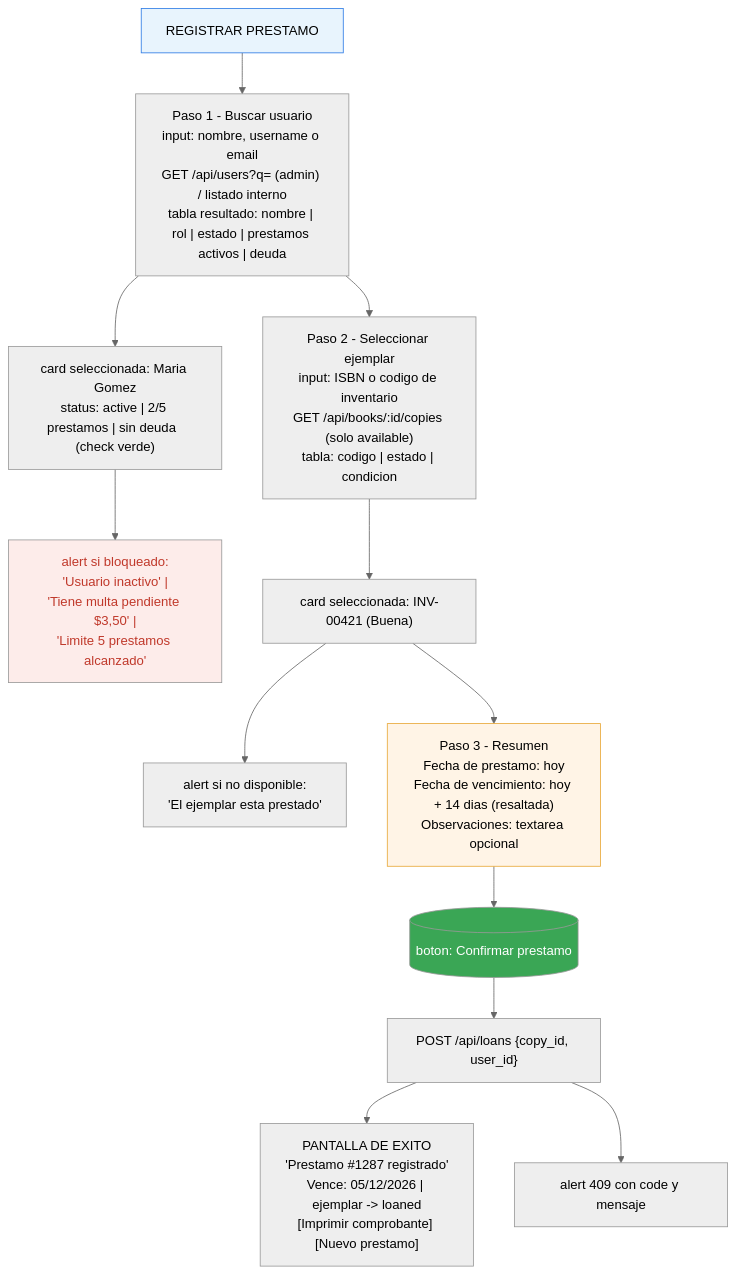
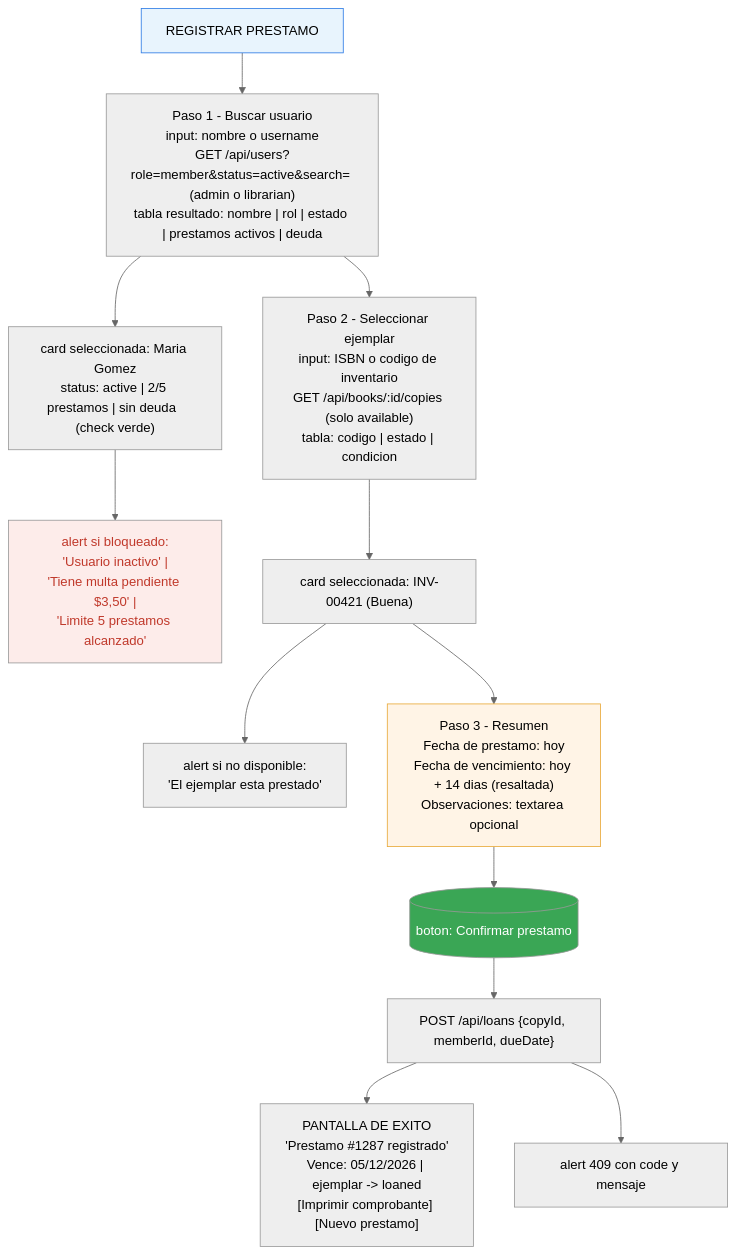
The fifth of 13 diagrams in docs/07-interfaces.md (AngelC00kies/sistema-biblioteca), drawn with Mermaid (neutral theme) before and after one commit. The commit also changed other lines of this file and 21 other files, not shown here.

````diff
--- a/docs/07-interfaces.md
+++ b/docs/07-interfaces.md
@@ -158,21 +158,21 @@
 ```mermaid
 graph TD
-  P["REGISTRAR PRESTAMO"] --> U["Paso 1 - Buscar usuario<br/>input: nombre, username o email<br/>GET /api/users?q= (admin) / listado interno<br/>tabla resultado: nombre | rol | estado | prestamos activos | deuda"]
+  P["REGISTRAR PRESTAMO"] --> U["Paso 1 - Buscar usuario<br/>input: nombre o username<br/>GET /api/users?role=member&status=active&search= (admin o librarian)<br/>tabla resultado: nombre | rol | estado | prestamos activos | deuda"]
   U --> UC["card seleccionada: Maria Gomez<br/>status: active | 2/5 prestamos | sin deuda  (check verde)"]
   UC --> UB["alert si bloqueado:<br/>'Usuario inactivo' |<br/>'Tiene multa pendiente $3,50' |<br/>'Limite 5 prestamos alcanzado'"]
 
   U --> C["Paso 2 - Seleccionar ejemplar<br/>input: ISBN o codigo de inventario<br/>GET /api/books/:id/copies (solo available)<br/>tabla: codigo | estado | condicion"]
   C --> CC["card seleccionada: INV-00421 (Buena)"]
   CC --> CB["alert si no disponible:<br/>'El ejemplar esta prestado'"]
 
   CC --> R["Paso 3 - Resumen<br/>Fecha de prestamo: hoy<br/>Fecha de vencimiento: hoy + 14 dias (resaltada)<br/>Observaciones: textarea opcional"]
   R --> CF2[("boton: Confirmar prestamo")]
-  CF2 --> LO["POST /api/loans {copy_id, user_id}"]
+  CF2 --> LO["POST /api/loans {copyId, memberId, dueDate}"]
   LO --> OK2["PANTALLA DE EXITO<br/>'Prestamo #1287 registrado'<br/>Vence: 05/12/2026 | ejemplar -> loaned<br/>[Imprimir comprobante] [Nuevo prestamo]"]
   LO --> E409X["alert 409 con code y mensaje"]
 
   style P fill:#e8f4fd,stroke:#2c7be5
   style CF2 fill:#3aa655,color:#fff
   style UB fill:#fdecea,color:#c0392b
   style R fill:#fff4e6,stroke:#e8a838
 ```
````
